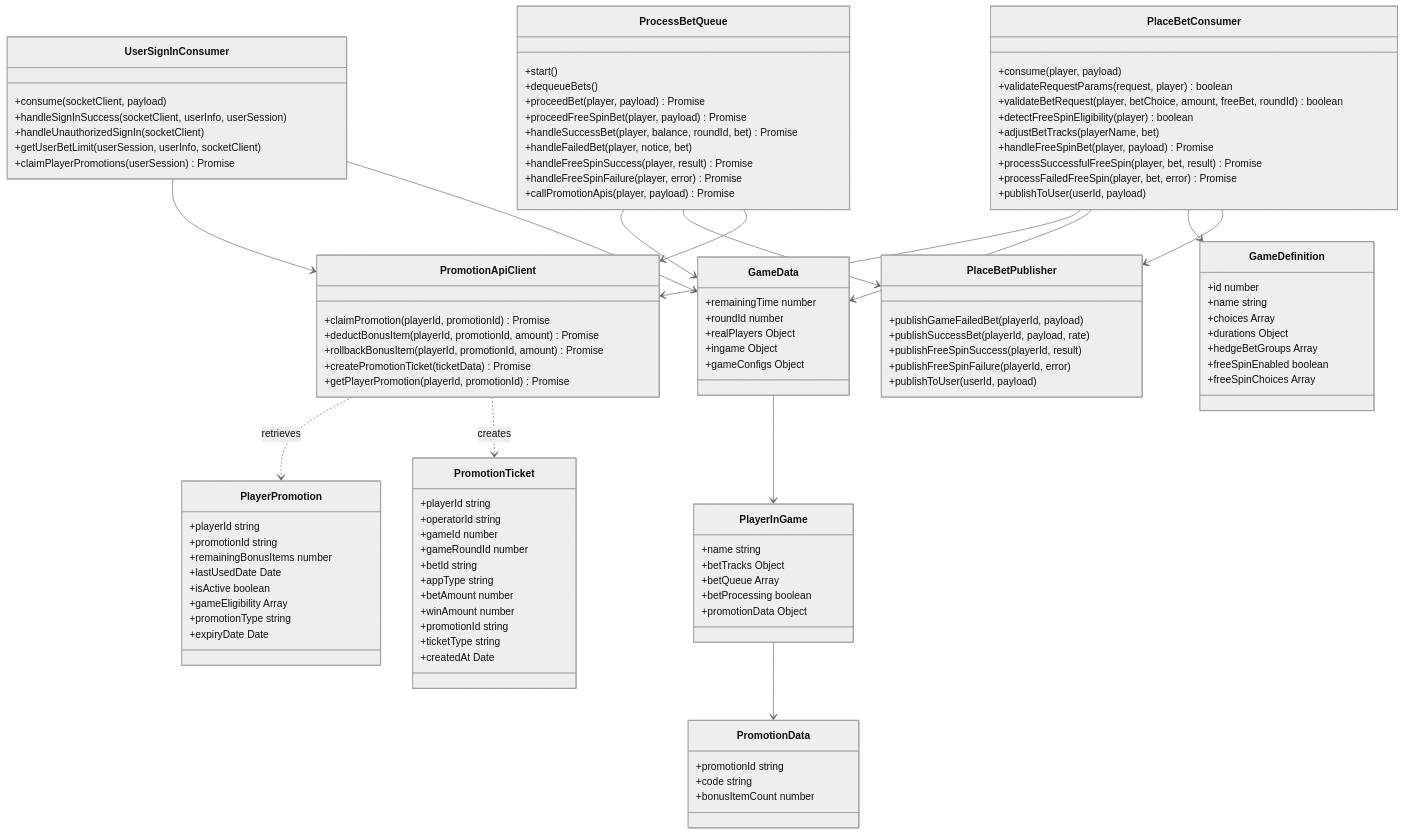
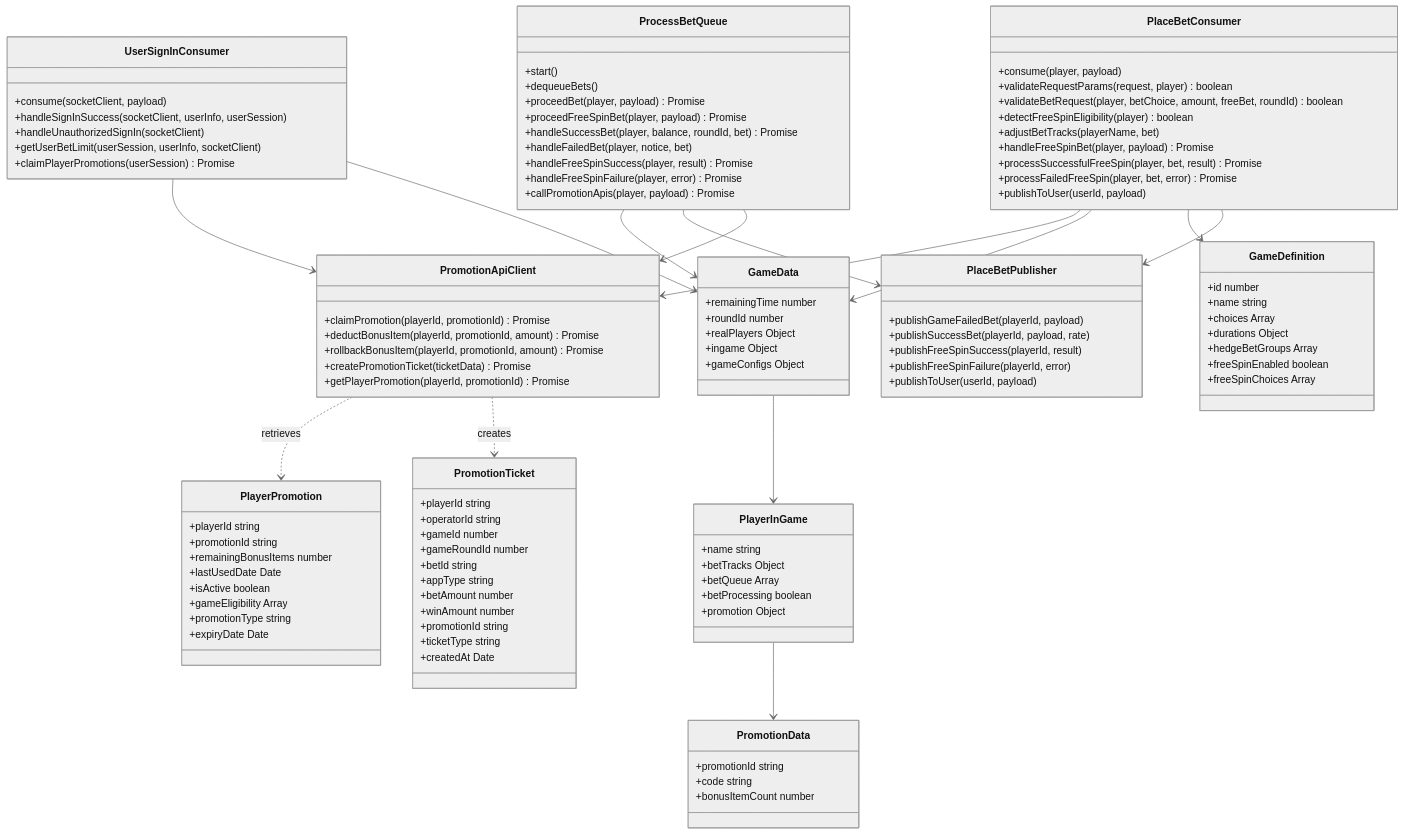
Before and after one commit to starixvn/l1_sc-packages_sc-game-base: the diagram in diagrams/place-bet-class-diagram.md, drawn with Mermaid (neutral theme). The commit also changed other lines of this file and 2 other files, not shown here.

Commit message:
docs: update promotion object

```diff
--- a/diagrams/place-bet-class-diagram.md
+++ b/diagrams/place-bet-class-diagram.md
@@ -98,7 +98,7 @@
         +betTracks Object
         +betQueue Array
         +betProcessing boolean
-        +promotionData Object
+        +promotion Object
     }
 
     class PromotionData {
```
